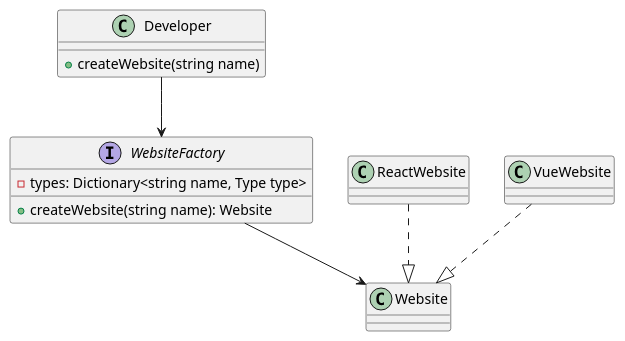
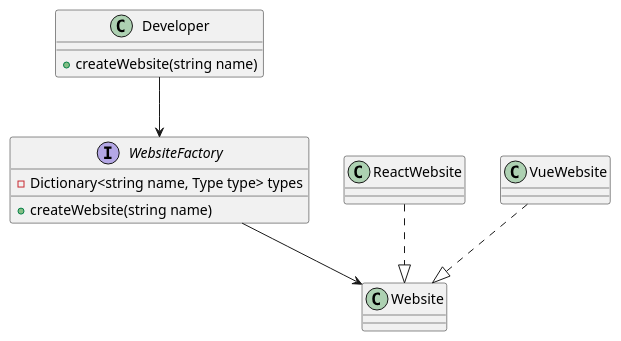
The diagram in patterns/factory-method.puml (gillescoolen/design-patterns), drawn with PlantUML before and after one commit. The commit also changed 2 other files, not shown here.

Commit message:
Update types

```diff
--- a/patterns/factory-method.puml
+++ b/patterns/factory-method.puml
@@ -1,23 +1,23 @@
 @startuml factory-method
 
 class Developer {
   + createWebsite(string name)
 }
 
 interface WebsiteFactory {
-  - types: Dictionary<string name, Type type>
-  + createWebsite(string name): Website
+  - Dictionary<string name, Type type> types
+  + createWebsite(string name)
 }
 
 class Website
 
 class ReactWebsite
 class VueWebsite
 
 Developer --> WebsiteFactory
 WebsiteFactory --> Website
 
 ReactWebsite ..|> Website
 VueWebsite ..|> Website
 
 @enduml
```
